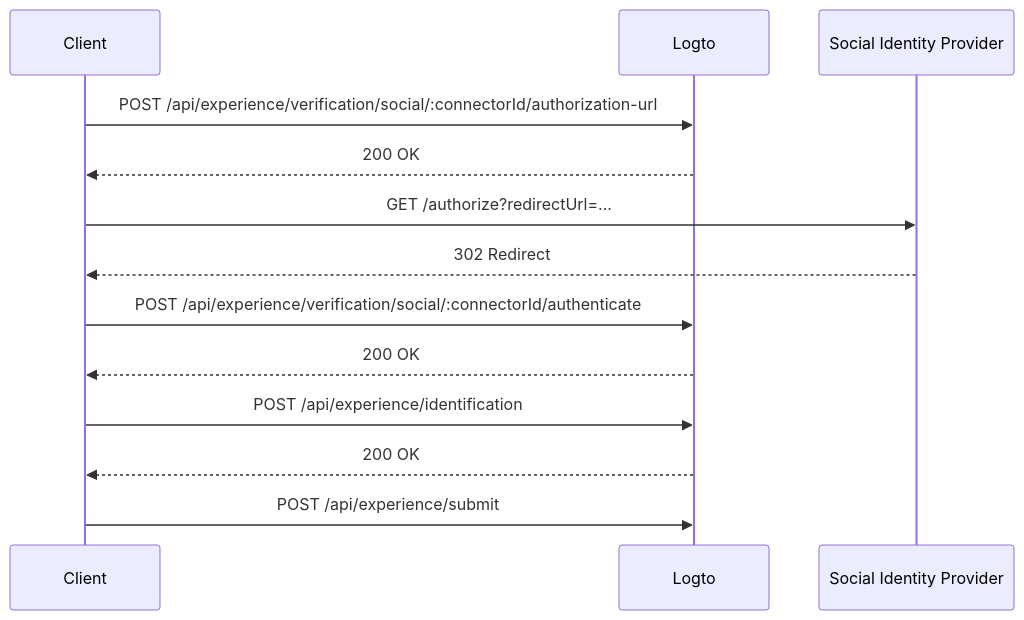
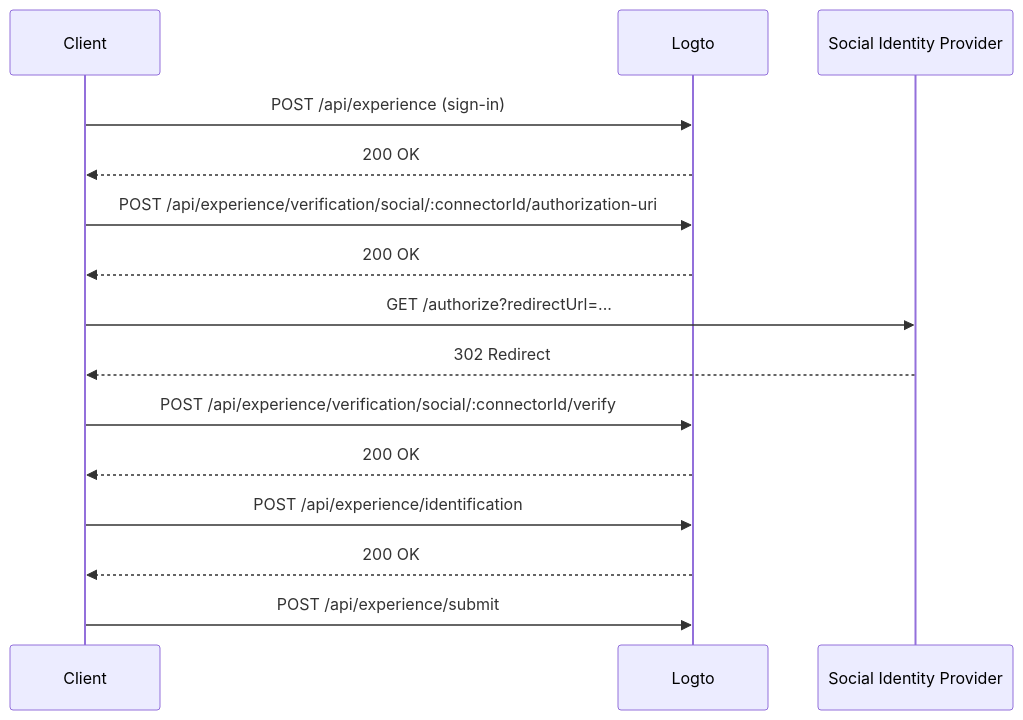
Before and after one commit to logto-io/rfcs: the ninth of 17 diagrams in draft/0004-experience-api.md, drawn with Mermaid. The commit also changed other lines of this file, not shown here.

First line of the commit message:
refactor: update the experience API.

````diff
--- a/draft/0004-experience-api.md
+++ b/draft/0004-experience-api.md
@@ -756,16 +814,18 @@
 ```mermaid
 sequenceDiagram
     participant C as Client
     participant L as Logto
     participant S as Social Identity Provider
 
-    C->>L: POST /api/experience/verification/social/:connectorId/authorization-url
+    C->>L: POST /api/experience (sign-in)
+    L-->>C: 200 OK
+    C->>L: POST /api/experience/verification/social/:connectorId/authorization-uri
     L-->>C: 200 OK
     C->>S: GET /authorize?redirectUrl=...
     S-->>C: 302 Redirect
-    C->>L: POST /api/experience/verification/social/:connectorId/authenticate
+    C->>L: POST /api/experience/verification/social/:connectorId/verify
     L-->>C: 200 OK
     C->>L: POST /api/experience/identification
     L-->>C: 200 OK
     C->>L: POST /api/experience/submit
 ```
````
